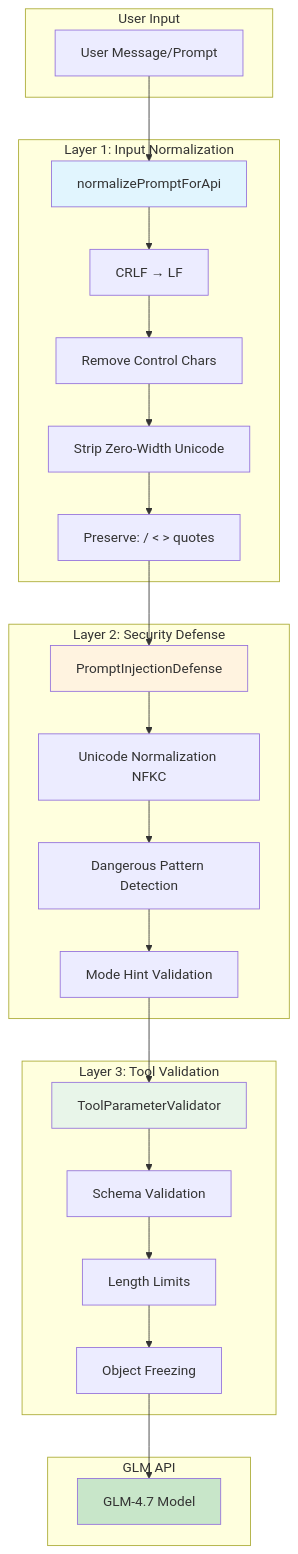
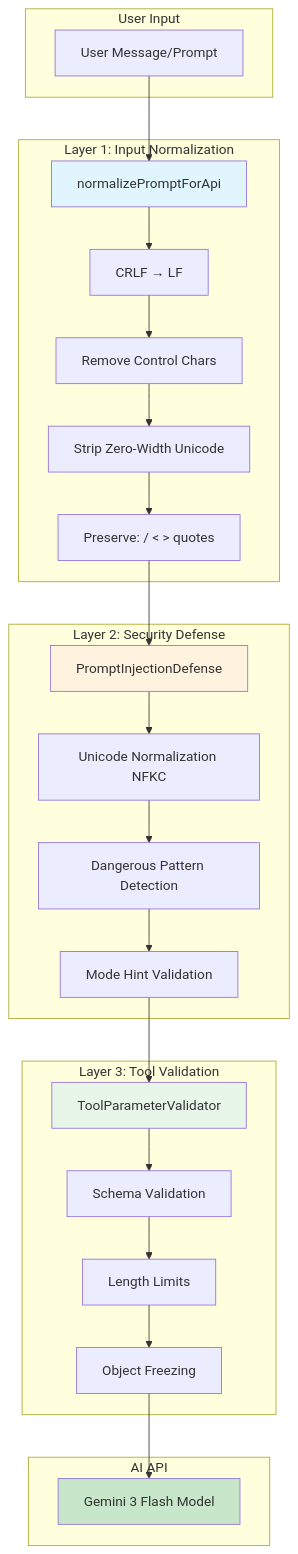
One commit to NickB03/vana changed the first of 5 diagrams in .claude/DIAGRAMS.md. Above: the diagram before and after it, drawn with Mermaid. The commit also changed other lines of this file and 84 other files, not shown here.

First line of the commit message:
feat: Complete Gemini 3 Flash migration from GLM (#521)

````diff
--- a/.claude/DIAGRAMS.md
+++ b/.claude/DIAGRAMS.md
@@ -23,45 +23,45 @@
 ```mermaid
 flowchart TB
     subgraph Input["User Input"]
         UI[User Message/Prompt]
     end
 
     subgraph Normalization["Layer 1: Input Normalization"]
         N1[normalizePromptForApi]
         N1a["CRLF → LF"]
         N1b["Remove Control Chars"]
         N1c["Strip Zero-Width Unicode"]
         N1d["Preserve: / &lt; &gt; quotes"]
     end
 
     subgraph Security["Layer 2: Security Defense"]
         S1[PromptInjectionDefense]
         S1a["Unicode Normalization NFKC"]
         S1b["Dangerous Pattern Detection"]
         S1c["Mode Hint Validation"]
     end
 
     subgraph Validation["Layer 3: Tool Validation"]
         V1[ToolParameterValidator]
         V1a["Schema Validation"]
         V1b["Length Limits"]
         V1c["Object Freezing"]
     end
 
-    subgraph API["GLM API"]
-        GLM["GLM-4.7 Model"]
+    subgraph API["AI API"]
+        AIAPI["Gemini 3 Flash Model"]
     end
 
     UI --> N1
     N1 --> N1a --> N1b --> N1c --> N1d
     N1d --> S1
     S1 --> S1a --> S1b --> S1c
     S1c --> V1
     V1 --> V1a --> V1b --> V1c
-    V1c --> GLM
+    V1c --> AIAPI
 
     style N1 fill:#e1f5fe
     style S1 fill:#fff3e0
     style V1 fill:#e8f5e9
-    style GLM fill:#c8e6c9
+    style AIAPI fill:#c8e6c9
 ```
````
